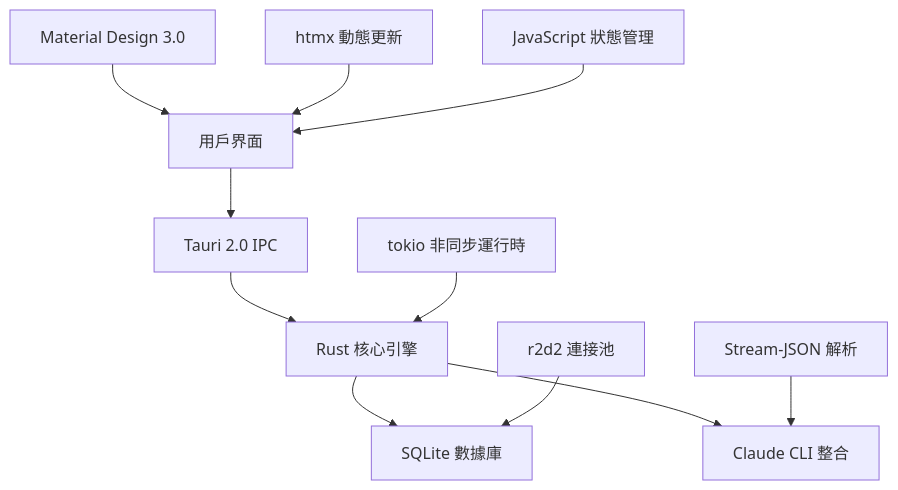
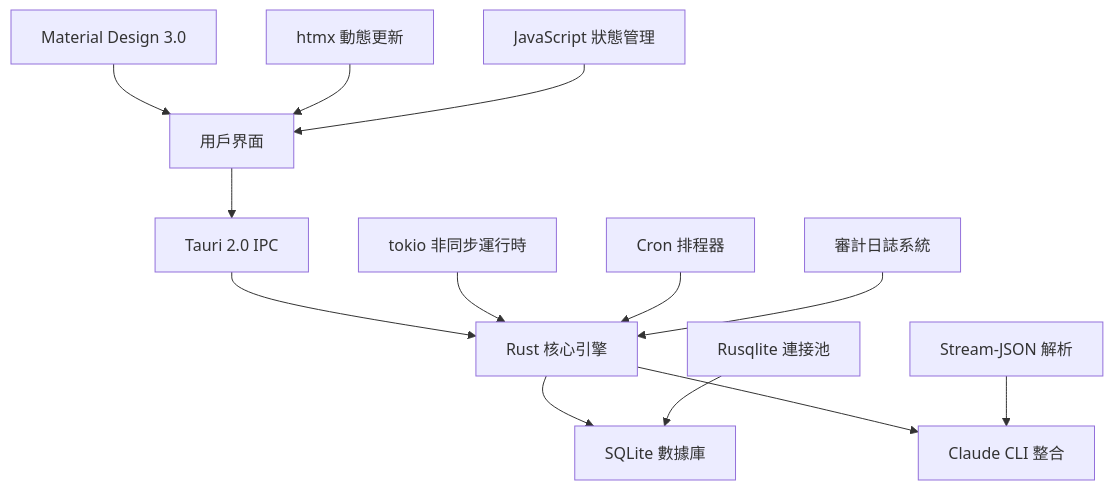
The diagram in README.md (s123104/Claude-Night-Pilot), drawn with Mermaid before and after one commit. The commit also changed other lines of this file and 35 other files, not shown here.

````diff
--- a/README.md
+++ b/README.md
@@ -122,15 +188,17 @@
 ```mermaid
 graph TD
     A[用戶界面] --> B[Tauri 2.0 IPC]
     B --> C[Rust 核心引擎]
     C --> D[SQLite 數據庫]
     C --> E[Claude CLI 整合]
     
     F[Material Design 3.0] --> A
     G[htmx 動態更新] --> A
     H[JavaScript 狀態管理] --> A
     
     I[tokio 非同步運行時] --> C
-    J[r2d2 連接池] --> D
+    J[Rusqlite 連接池] --> D
     K[Stream-JSON 解析] --> E
+    L[Cron 排程器] --> C
+    M[審計日誌系統] --> C
 ```
````
